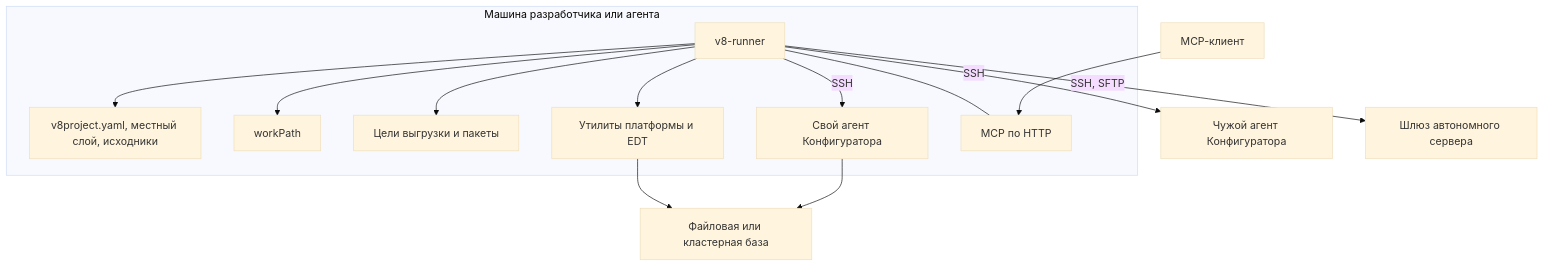
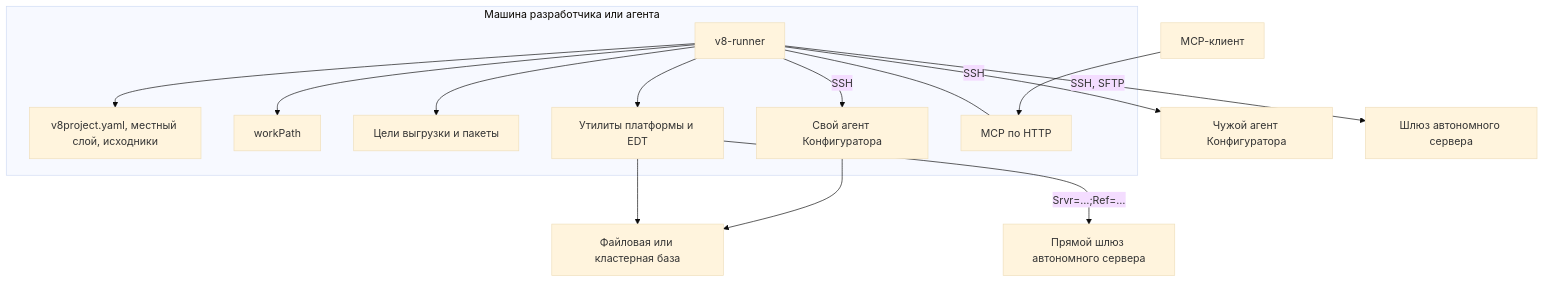
The diagram in spec/arc42/07-deployment-view.md (IngvarConsulting/v8-runner-rust), drawn with Mermaid (base theme) before and after one commit. The commit also changed other lines of this file and 9 other files, not shown here.

First line of the commit message:
docs(targets): прямой шлюз автономного сервера в документах и arc42 (#205)

````diff
--- a/spec/arc42/07-deployment-view.md
+++ b/spec/arc42/07-deployment-view.md
@@ -3,20 +3,21 @@
 ```mermaid
 flowchart TB
     subgraph Host["Машина разработчика или агента"]
         Bin["v8-runner"]
         Files["v8project.yaml, местный слой, исходники"]
         Work["workPath"]
         Targets["Цели выгрузки и пакеты"]
         Tools["Утилиты платформы и EDT"]
         Own["Свой агент Конфигуратора"]
         Listener["MCP по HTTP"]
         Bin --> Files & Work & Targets & Tools
         Bin -->|SSH| Own
         Bin --- Listener
     end
     Client["MCP-клиент"] --> Listener
     Tools --> IB["Файловая или кластерная база"]
+    Tools -->|"Srvr=…;Ref=…"| Direct["Прямой шлюз автономного сервера"]
     Own --> IB
     Bin -->|SSH| Attached["Чужой агент Конфигуратора"]
     Bin -->|"SSH, SFTP"| Gate["Шлюз автономного сервера"]
 ```
````
